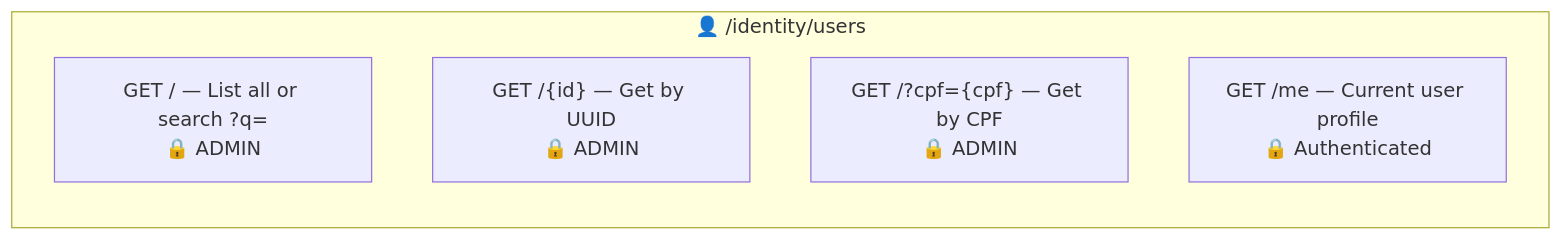
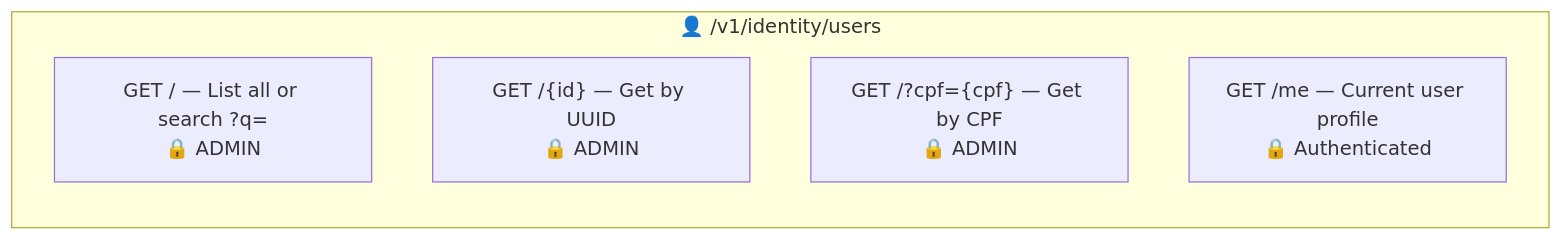
The third of 7 diagrams in src/main/java/br/org/catolicasc/pug/identity/README.md (Plataforma-Universidade-Gratuita/pug-service), drawn with Mermaid before and after one commit. The commit also changed other lines of this file and 137 other files, not shown here.

````diff
--- a/src/main/java/br/org/catolicasc/pug/identity/README.md
+++ b/src/main/java/br/org/catolicasc/pug/identity/README.md
@@ -109,10 +109,10 @@
 ```mermaid
 graph LR
-    subgraph Users["👤 /identity/users"]
+    subgraph Users["👤 /v1/identity/users"]
         direction TB
         GET_LIST["GET / — List all or search ?q=<br/>🔒 ADMIN"]
         GET_ID["GET /{id} — Get by UUID<br/>🔒 ADMIN"]
         GET_CPF["GET /?cpf={cpf} — Get by CPF<br/>🔒 ADMIN"]
         GET_ME["GET /me — Current user profile<br/>🔒 Authenticated"]
     end
 ```
````
